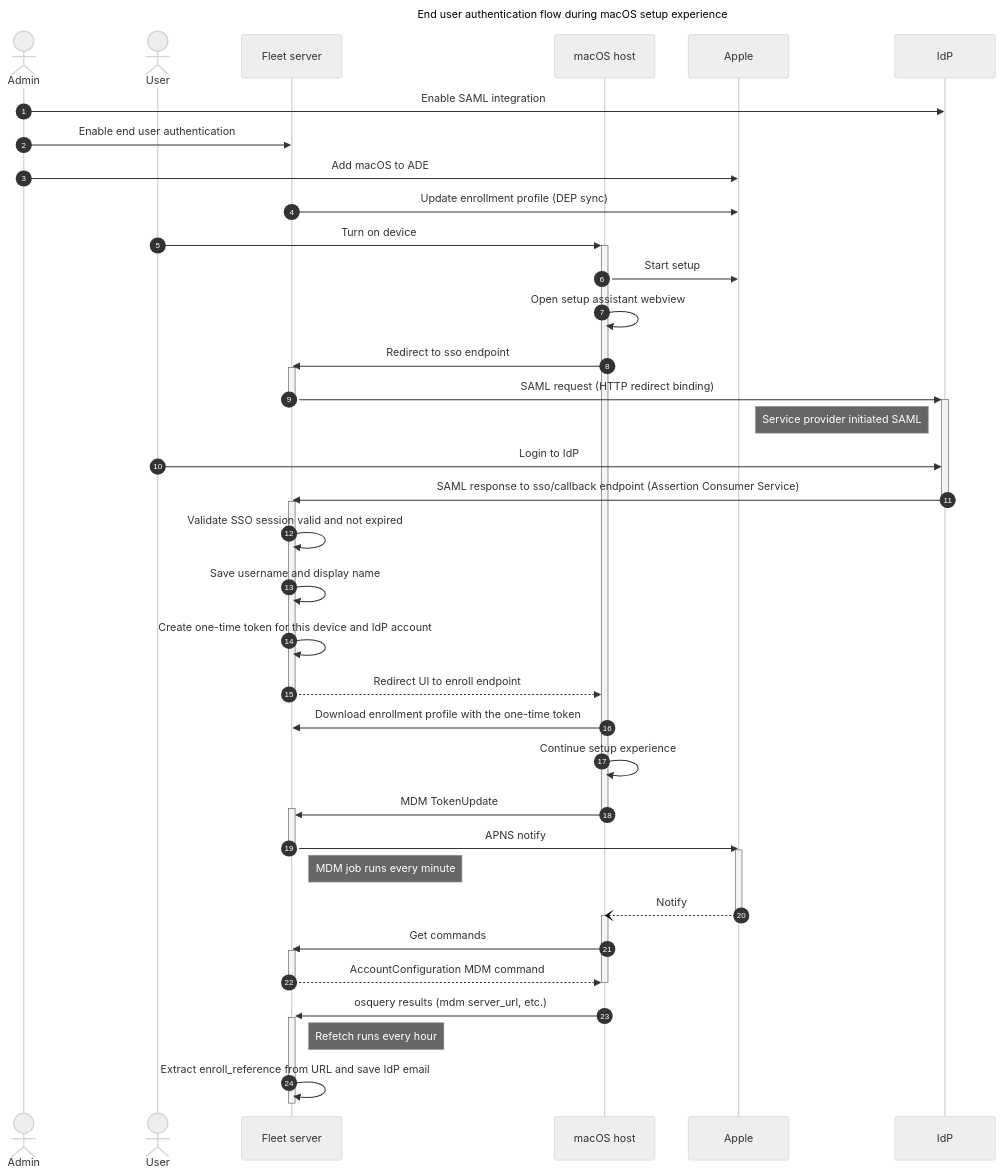
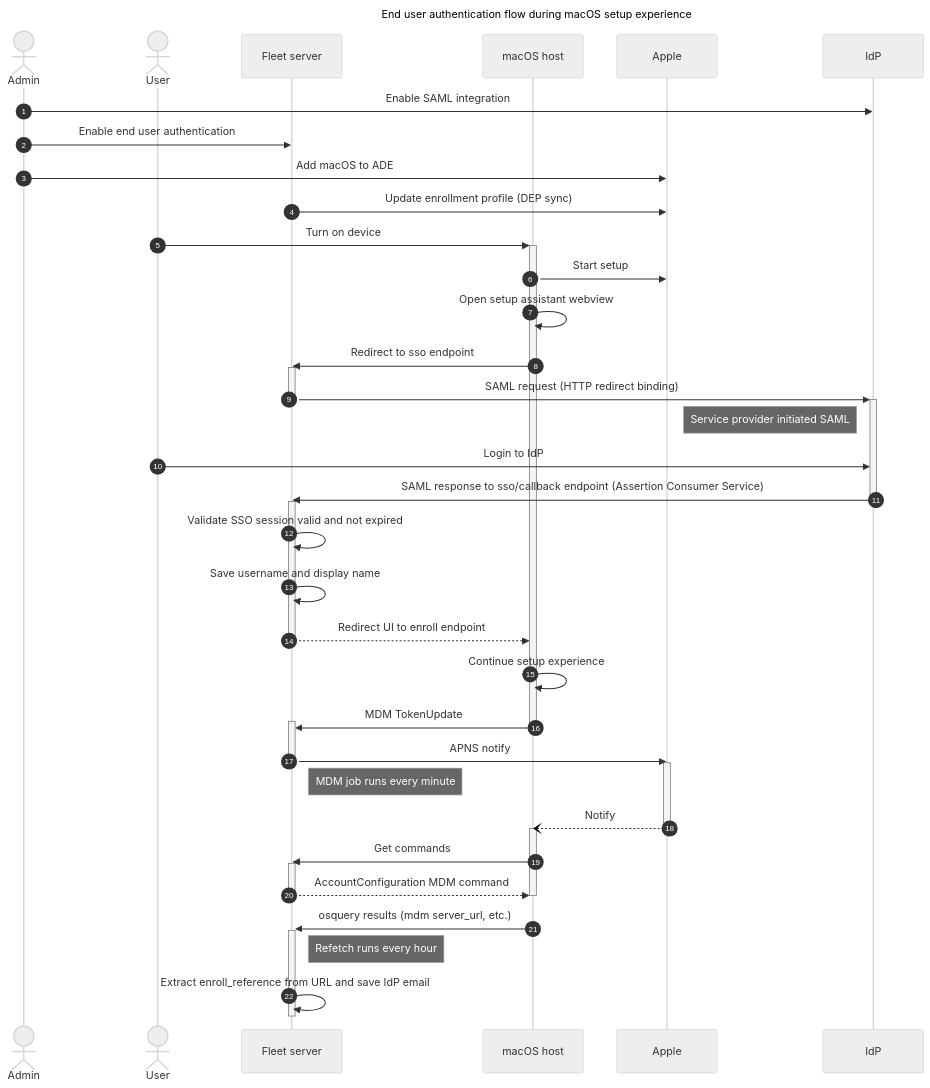
Before and after one commit to fleetdm/fleet: the diagram in docs/Contributing/authentication/mdm-end-user-authentication.md, drawn with Mermaid (neutral theme). The commit also changed other lines of this file and 1 other file, not shown here.

````diff
--- a/docs/Contributing/authentication/mdm-end-user-authentication.md
+++ b/docs/Contributing/authentication/mdm-end-user-authentication.md
@@ -41,51 +40,49 @@
 ```mermaid
 ---
 title: End user authentication flow during macOS setup experience
 ---
 sequenceDiagram
     autonumber
     actor Admin
     actor User
     participant fleet as Fleet server
     participant host as macOS host
     participant Apple
     participant IdP
     Admin->>IdP: Enable SAML integration
     Admin->>fleet: Enable end user authentication
     Admin->>Apple: Add macOS to ADE
     fleet->>Apple: Update enrollment profile (DEP sync)
     User->>+host: Turn on device
     host->>Apple: Start setup
     host->>host: Open setup assistant webview
     host->>fleet: Redirect to sso endpoint
     activate fleet
     fleet->>+IdP: SAML request (HTTP redirect binding)
     deactivate fleet
     Note left of IdP: Service provider initiated SAML
     User->>IdP: Login to IdP
     IdP->>-fleet: SAML response to sso/callback endpoint (Assertion Consumer Service)
     activate fleet
     fleet->>fleet: Validate SSO session valid and not expired
     fleet->>fleet: Save username and display name
-    fleet->>fleet: Create one-time token for this device and IdP account
     fleet-->>host: Redirect UI to enroll endpoint
     deactivate fleet
-    host->>fleet: Download enrollment profile with the one-time token
     host->>host: Continue setup experience
     host->>+fleet: MDM TokenUpdate
     deactivate host
     fleet->>-Apple: APNS notify
     activate Apple
     Note right of fleet: MDM job runs every minute
     Apple--)host: Notify
     deactivate Apple
     activate host
     host->>fleet: Get commands
     activate fleet
     fleet-->>host: AccountConfiguration MDM command
     deactivate host
     deactivate fleet
     host->>+fleet: osquery results (mdm server_url, etc.)
     Note right of fleet: Refetch runs every hour
     fleet->>-fleet: Extract enroll_reference from URL and save IdP email
 ```
````
